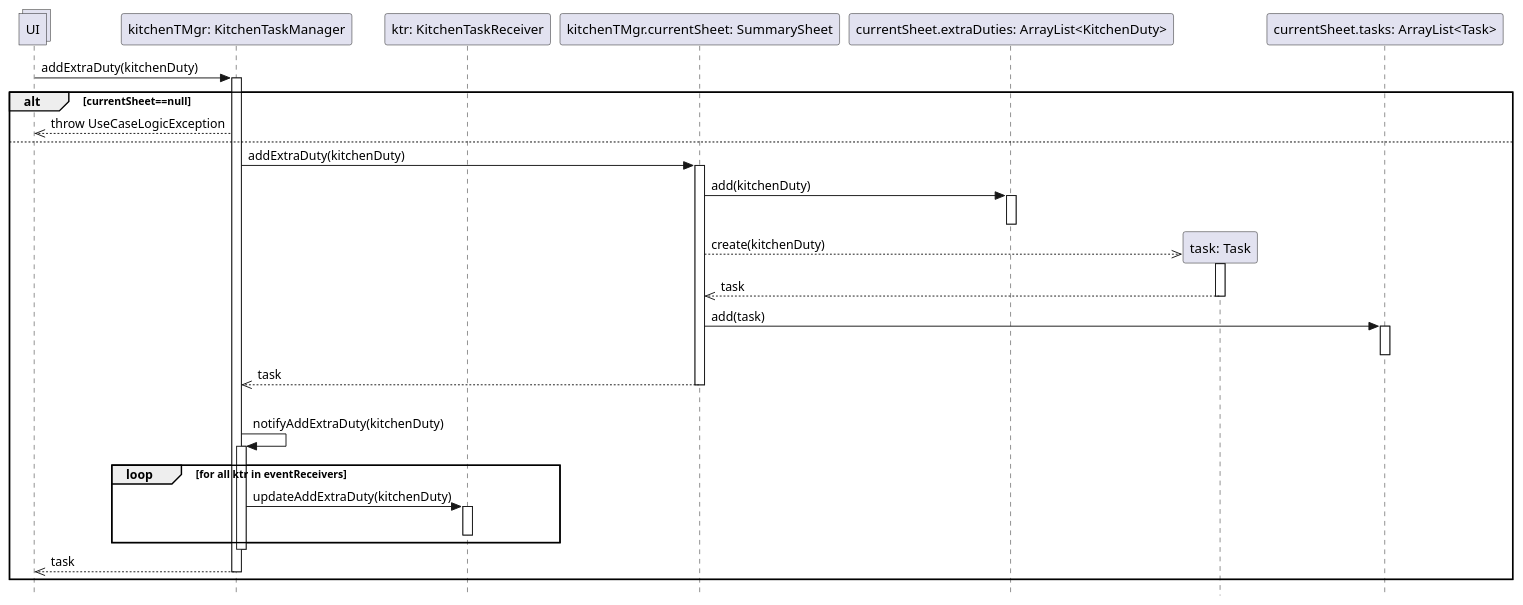
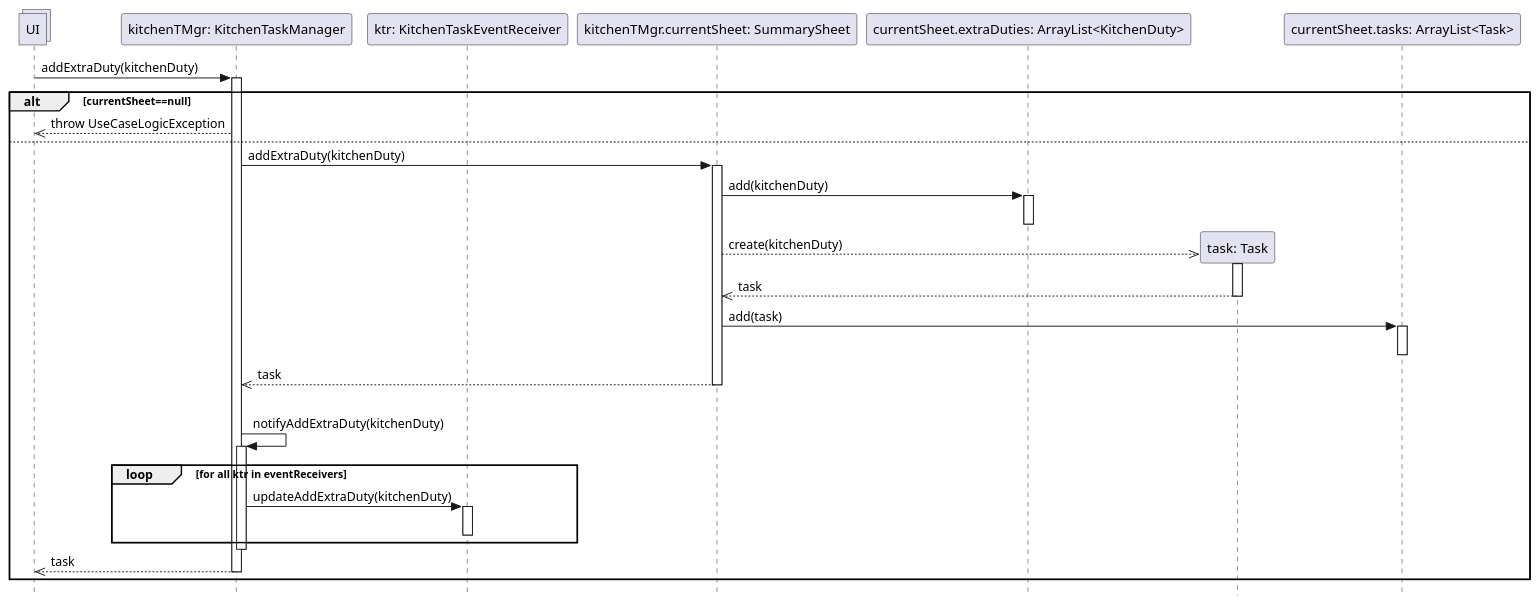
The diagram in UP/Progettazione/UC Gestire Compiti Cucina/DSD/DSD Operazione 2.puml (stefa168/sas-project), drawn with PlantUML before and after one commit. The commit also changed 8 other files, not shown here.

```diff
--- a/UP/Progettazione/UC Gestire Compiti Cucina/DSD/DSD Operazione 2.puml
+++ b/UP/Progettazione/UC Gestire Compiti Cucina/DSD/DSD Operazione 2.puml
@@ -1,54 +1,54 @@
 @startuml Operazione 2
 skinparam Style strictuml
 
 collections UI
 
 participant "kitchenTMgr: KitchenTaskManager" as ktm
 UI -> ktm: addExtraDuty(kitchenDuty)
-participant "ktr: KitchenTaskReceiver" as ktr
+participant "ktr: KitchenTaskEventReceiver" as ktr
 
 activate ktm
 
 alt currentSheet==null
     UI <<-- ktm: throw UseCaseLogicException
 else
     participant "kitchenTMgr.currentSheet: SummarySheet" as ss
     ktm -> ss: addExtraDuty(kitchenDuty)
     activate ss
 
     participant "currentSheet.extraDuties: ArrayList<KitchenDuty>" as kdList
     ss -> kdList: add(kitchenDuty)
     activate kdList
     deactivate kdList
 
     participant "task: Task" as t
     ss -->> t**: create(kitchenDuty)
     activate t
     ss <<-- t:task
     deactivate t
     
     participant "currentSheet.tasks: ArrayList<Task>" as tasks
     ss -> tasks: add(task)
 
     activate tasks
     deactivate tasks
 
     ktm <<-- ss: task
     deactivate ss
     |||
     ktm -> ktm: notifyAddExtraDuty(kitchenDuty)
     activate ktm
     loop for all ktr in eventReceivers
         ktm -> ktr : updateAddExtraDuty(kitchenDuty)
         activate ktr
         deactivate ktr
     end
     deactivate ktm
 
     UI <<-- ktm : task
     deactivate ktm
 
     
 end
 
 @enduml
```
